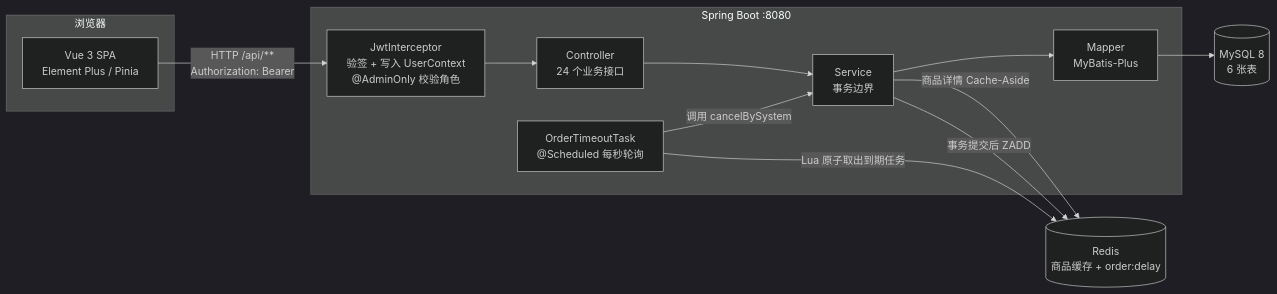
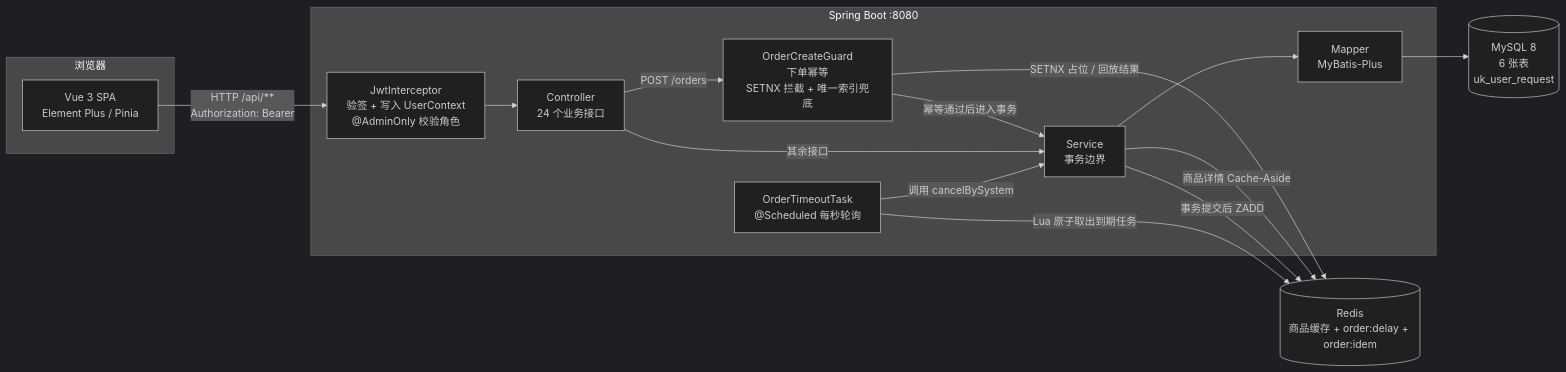
Before and after one commit to Vjj-Cloud/jianxuan-mall: the diagram in README.md, drawn with Mermaid (dark theme). The commit also changed other lines of this file and 9 other files, not shown here.

First line of the commit message:
feat: 下单幂等（Redis SETNX 拦截 + 数据库唯一索引兜底）

````diff
--- a/README.md
+++ b/README.md
@@ -50,24 +50,30 @@
 ```mermaid
 flowchart LR
     subgraph client["浏览器"]
         V["Vue 3 SPA<br/>Element Plus / Pinia"]
     end
 
     subgraph server["Spring Boot :8080"]
         I["JwtInterceptor<br/>验签 + 写入 UserContext<br/>@AdminOnly 校验角色"]
         C["Controller<br/>24 个业务接口"]
+        G["OrderCreateGuard<br/>下单幂等<br/>SETNX 拦截 + 唯一索引兜底"]
         S["Service<br/>事务边界"]
         M["Mapper<br/>MyBatis-Plus"]
         T["OrderTimeoutTask<br/>@Scheduled 每秒轮询"]
     end
 
-    DB[("MySQL 8<br/>6 张表")]
-    R[("Redis<br/>商品缓存 + order:delay")]
+    DB[("MySQL 8<br/>6 张表<br/>uk_user_request")] 
+    R[("Redis<br/>商品缓存 + order:delay + order:idem")]
 
     V -->|"HTTP /api/**<br/>Authorization: Bearer"| I
-    I --> C --> S --> M --> DB
+    I --> C
+    C -->|"POST /orders"| G
+    G -->|"幂等通过后进入事务"| S
+    C -->|"其余接口"| S
+    S --> M --> DB
+    G -->|"SETNX 占位 / 回放结果"| R
     S -->|"商品详情 Cache-Aside"| R
     S -->|"事务提交后 ZADD"| R
     T -->|"Lua 原子取出到期任务"| R
     T -->|"调用 cancelBySystem"| S
 ```
````
